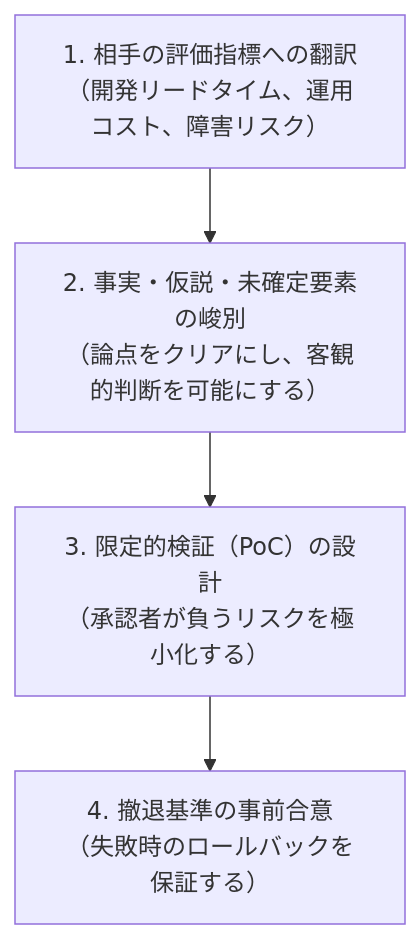
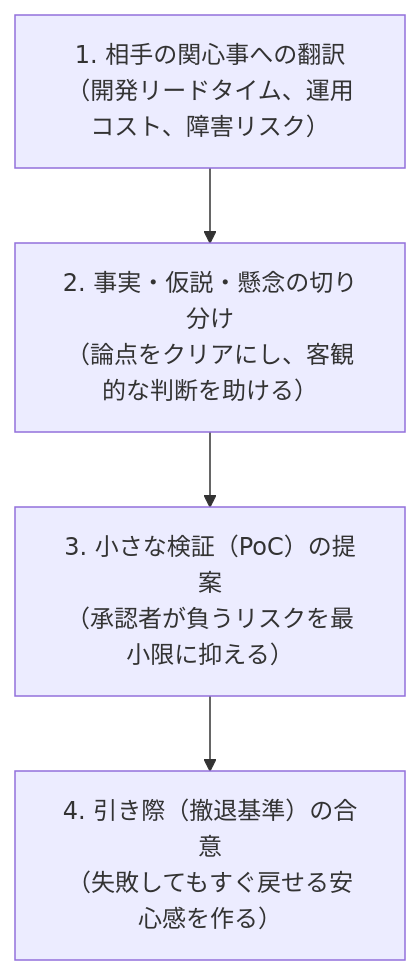
Before and after one commit to MasuqaT-NET/Zenn-contents: the diagram in books/project-management-as-dandori/7.dandori.md, drawn with Mermaid. The commit also changed other lines of this file and 7 other files, not shown here.

````diff
--- a/books/project-management-as-dandori/7.dandori.md
+++ b/books/project-management-as-dandori/7.dandori.md
@@ -34,9 +34,9 @@
 ```mermaid
 flowchart TD
-    step1["1. 相手の評価指標への翻訳<br>（開発リードタイム、運用コスト、障害リスク）"]
-    step2["2. 事実・仮説・未確定要素の峻別<br>（論点をクリアにし、客観的判断を可能にする）"]
-    step3["3. 限定的検証（PoC）の設計<br>（承認者が負うリスクを極小化する）"]
-    step4["4. 撤退基準の事前合意<br>（失敗時のロールバックを保証する）"]
+    step1["1. 相手の関心事への翻訳<br>（開発リードタイム、運用コスト、障害リスク）"]
+    step2["2. 事実・仮説・懸念の切り分け<br>（論点をクリアにし、客観的な判断を助ける）"]
+    step3["3. 小さな検証（PoC）の提案<br>（承認者が負うリスクを最小限に抑える）"]
+    step4["4. 引き際（撤退基準）の合意<br>（失敗してもすぐ戻せる安心感を作る）"]
 
     step1 --> step2 --> step3 --> step4
 ```
````
